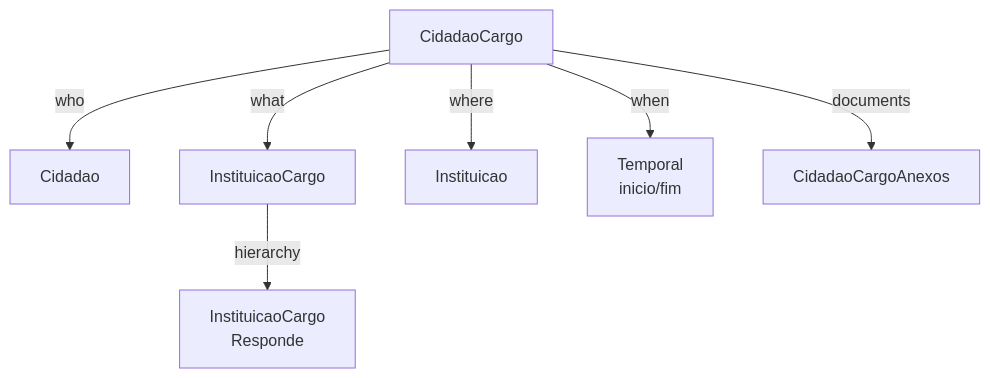
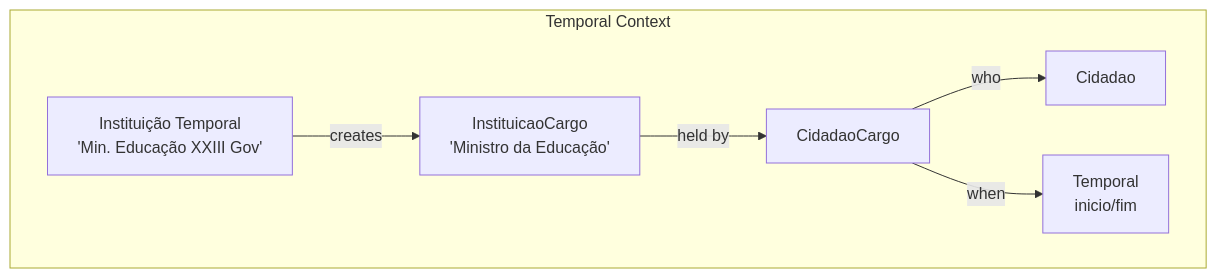
Before and after one commit to CarlosLiberJesus/obsidian-vault: the first of 3 diagrams in vault/BeWhyOrg/InServer/Backend/Database/Entity-CidadaoCargo.md, drawn with Mermaid. The commit also changed other lines of this file and 11 other files, not shown here.

````diff
--- a/vault/BeWhyOrg/InServer/Backend/Database/Entity-CidadaoCargo.md
+++ b/vault/BeWhyOrg/InServer/Backend/Database/Entity-CidadaoCargo.md
@@ -9,9 +9,9 @@
 ```mermaid
 graph TD
-    CC[CidadaoCargo] --> |who| C[Cidadao]
-    CC --> |what| IC[InstituicaoCargo]
-    CC --> |where| I[Instituicao]
-    CC --> |when| T[Temporal<br/>inicio/fim]
-    IC --> |hierarchy| ICR[InstituicaoCargo<br/>Responde]
-    CC --> |documents| CCA[CidadaoCargoAnexos]
+    subgraph Temporal Context
+        IT[Instituição Temporal<br>'Min. Educação XXIII Gov'] --> |creates| IC[InstituicaoCargo<br>'Ministro da Educação']
+        IC --> |held by| CC[CidadaoCargo]
+        CC --> |who| C[Cidadao]
+        CC --> |when| T[Temporal<br/>inicio/fim]
+    end
 ```
````
